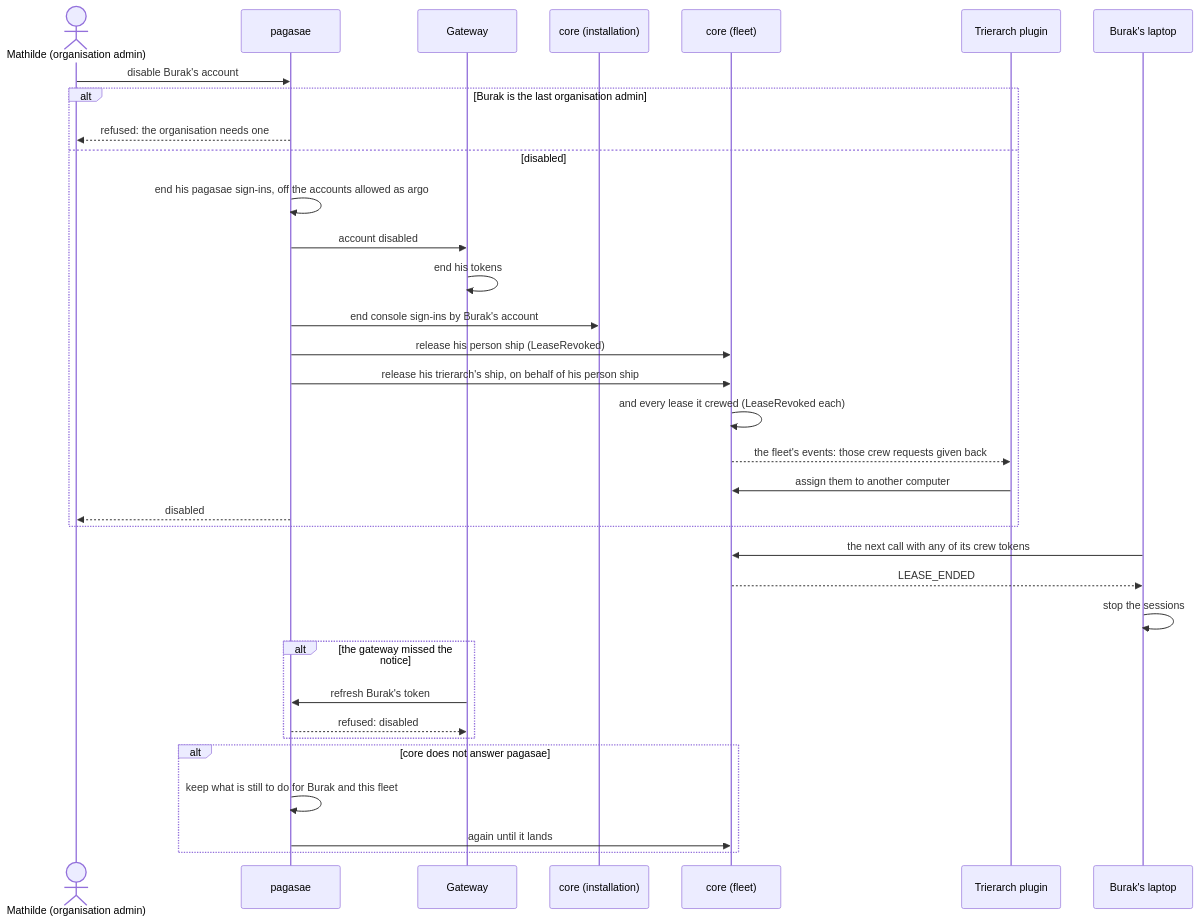
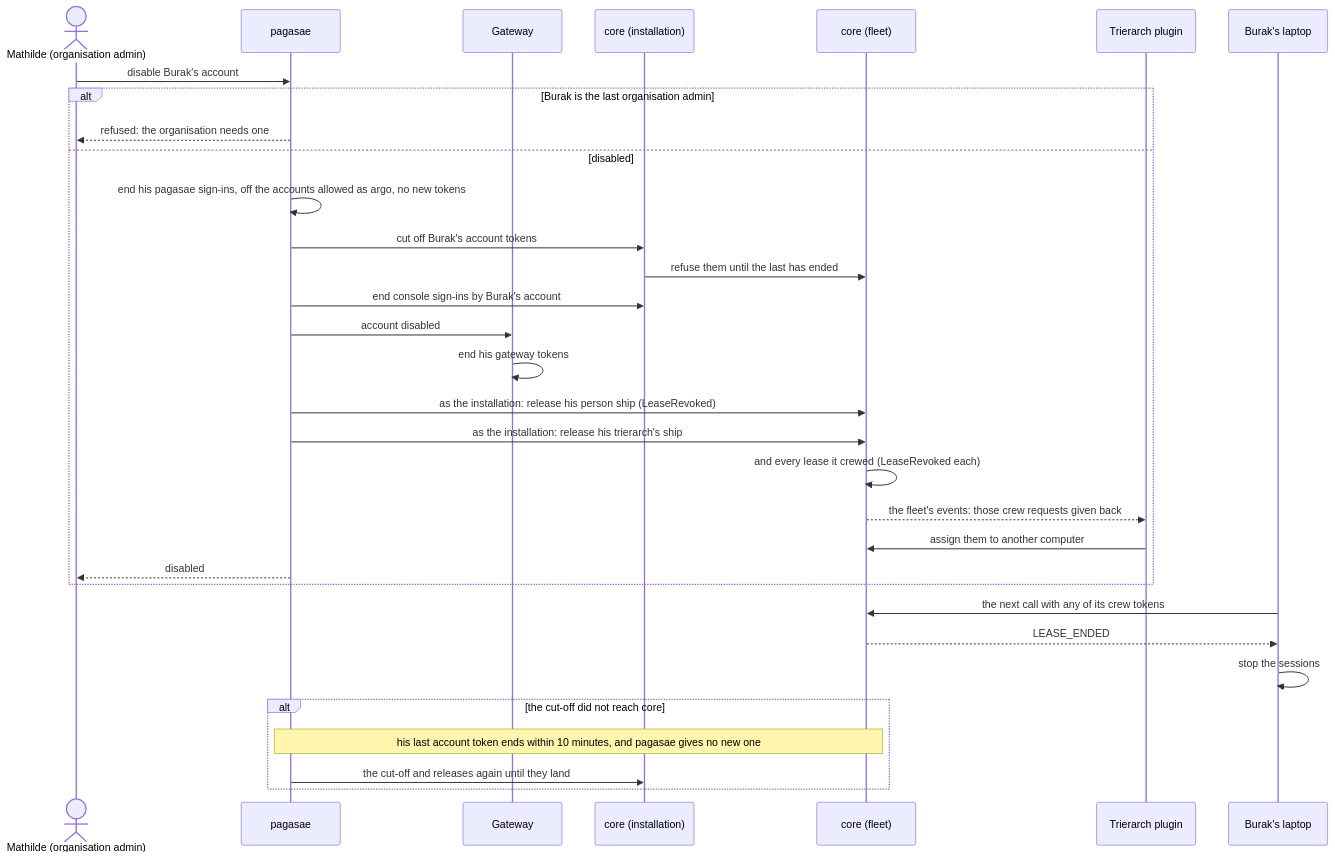
One commit to ThomasHendrickx/aeolus-fleet changed the eighth of 11 diagrams in docs/design/accounts/phase-2/flows.md. Above: the diagram before and after it, drawn with Mermaid. The commit also changed other lines of this file, not shown here.

First line of the commit message:
docs(design): accounts phase 2 flows on the actor model, F11 the account token

````diff
--- a/docs/design/accounts/phase-2/flows.md
+++ b/docs/design/accounts/phase-2/flows.md
@@ -270,36 +280,34 @@
 ```mermaid
 sequenceDiagram
   actor M as Mathilde (organisation admin)
   participant P as pagasae
   participant G as Gateway
   participant I as core (installation)
   participant C as core (fleet)
   participant TP as Trierarch plugin
   participant L as Burak's laptop
   M->>P: disable Burak's account
   alt Burak is the last organisation admin
     P-->>M: refused: the organisation needs one
   else disabled
-    P->>P: end his pagasae sign-ins, off the accounts allowed as argo
+    P->>P: end his pagasae sign-ins, off the accounts allowed as argo, no new tokens
+    P->>I: cut off Burak's account tokens
+    I->>C: refuse them until the last has ended
+    P->>I: end console sign-ins by Burak's account
     P->>G: account disabled
-    G->>G: end his tokens
-    P->>I: end console sign-ins by Burak's account
-    P->>C: release his person ship (LeaseRevoked)
-    P->>C: release his trierarch's ship, on behalf of his person ship
+    G->>G: end his gateway tokens
+    P->>C: as the installation: release his person ship (LeaseRevoked)
+    P->>C: as the installation: release his trierarch's ship
     C->>C: and every lease it crewed (LeaseRevoked each)
     C-->>TP: the fleet's events: those crew requests given back
     TP->>C: assign them to another computer
     P-->>M: disabled
   end
   L->>C: the next call with any of its crew tokens
   C-->>L: LEASE_ENDED
   L->>L: stop the sessions
-  alt the gateway missed the notice
-    G->>P: refresh Burak's token
-    P-->>G: refused: disabled
-  end
-  alt core does not answer pagasae
-    P->>P: keep what is still to do for Burak and this fleet
-    P->>C: again until it lands
+  alt the cut-off did not reach core
+    Note over P,C: his last account token ends within 10 minutes, and pagasae gives no new one
+    P->>I: the cut-off and releases again until they land
   end
 ```
````
